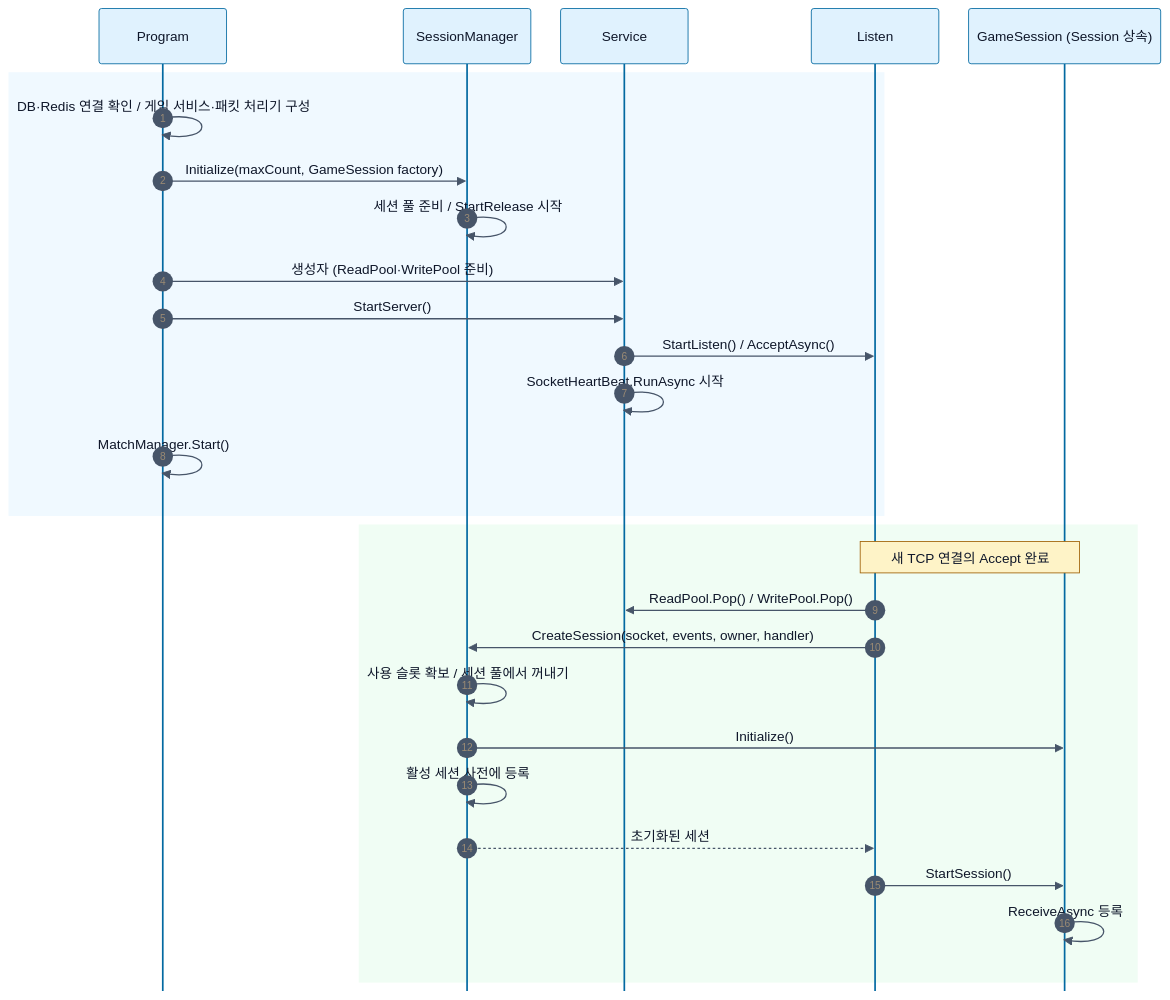
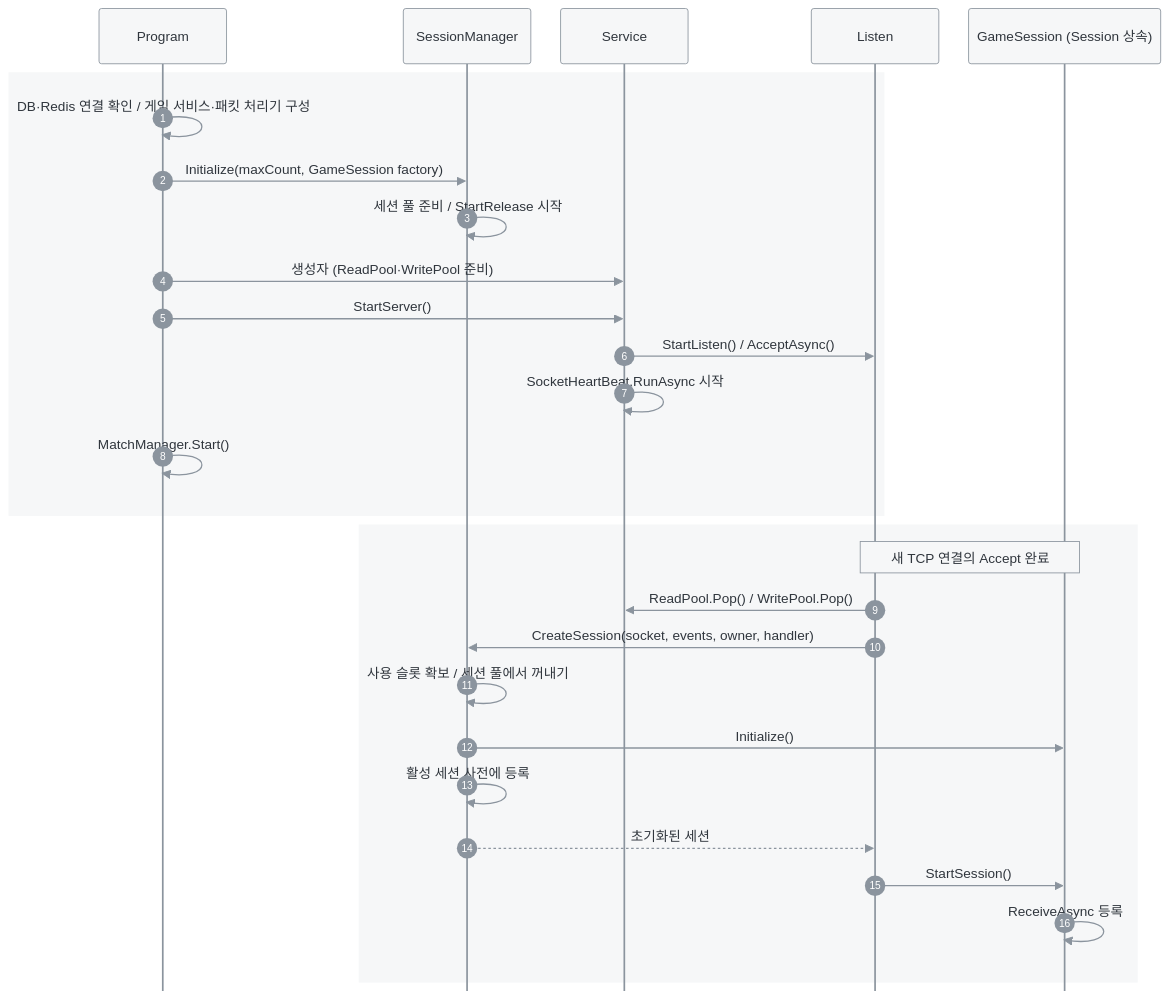
The first of 7 diagrams in docs/SERVER_ARCHITECTURE.md (GodDongjin/CSharpServer_Portfolio), drawn with Mermaid before and after one commit. The commit also changed other lines of this file, not shown here.

Commit message:
docs: use restrained neutral diagram styling

````diff
--- a/docs/SERVER_ARCHITECTURE.md
+++ b/docs/SERVER_ARCHITECTURE.md
@@ -11,31 +11,31 @@
 ```mermaid
-%%{init: {"theme": "base", "themeVariables": {"fontFamily": "Segoe UI, Malgun Gothic, sans-serif", "fontSize": "15px", "primaryColor": "#e0f2fe", "primaryTextColor": "#0f172a", "primaryBorderColor": "#0369a1", "lineColor": "#64748b", "secondaryColor": "#dcfce7", "tertiaryColor": "#f8fafc", "textColor": "#0f172a", "actorBkg": "#e0f2fe", "actorBorder": "#0369a1", "actorTextColor": "#0f172a", "signalColor": "#475569", "signalTextColor": "#0f172a", "noteBkgColor": "#fef3c7", "noteTextColor": "#0f172a", "noteBorderColor": "#a16207", "labelBoxBkgColor": "#f1f5f9", "labelTextColor": "#0f172a"}, "flowchart": {"curve": "linear", "nodeSpacing": 35, "rankSpacing": 50}, "sequence": {"mirrorActors": false, "actorMargin": 35, "messageMargin": 30}}}%%
+%%{init: {"theme": "base", "themeVariables": {"fontFamily": "Segoe UI, Malgun Gothic, sans-serif", "fontSize": "15px", "primaryColor": "#fafafa", "primaryTextColor": "#30363d", "primaryBorderColor": "#8b949e", "lineColor": "#8b949e", "secondaryColor": "#f2f3f4", "tertiaryColor": "#fafafa", "textColor": "#30363d", "actorBkg": "#f6f7f8", "actorBorder": "#8b949e", "actorTextColor": "#30363d", "signalColor": "#8b949e", "signalTextColor": "#30363d", "noteBkgColor": "#f6f7f8", "noteTextColor": "#30363d", "noteBorderColor": "#8b949e", "labelBoxBkgColor": "#f6f7f8", "labelTextColor": "#30363d", "clusterBkg": "#f6f7f8", "clusterBorder": "#c5cbd1", "edgeLabelBackground": "#fafafa", "activationBkgColor": "#e6e8eb", "activationBorderColor": "#8b949e", "sequenceNumberColor": "#ffffff"}, "flowchart": {"curve": "linear", "nodeSpacing": 35, "rankSpacing": 50}, "sequence": {"mirrorActors": false, "actorMargin": 35, "messageMargin": 30}}}%%
 sequenceDiagram
     autonumber
     participant P as Program
     participant M as SessionManager
     participant S as Service
     participant L as Listen
     participant G as GameSession (Session 상속)
-    rect rgb(240, 249, 255)
+    rect rgb(246, 247, 248)
     P->>P: DB·Redis 연결 확인 / 게임 서비스·패킷 처리기 구성
     P->>M: Initialize(maxCount, GameSession factory)
     M->>M: 세션 풀 준비 / StartRelease 시작
     P->>S: 생성자 (ReadPool·WritePool 준비)
     P->>S: StartServer()
     S->>L: StartListen() / AcceptAsync()
     S->>S: SocketHeartBeat.RunAsync 시작
     P->>P: MatchManager.Start()
     end
-    rect rgb(240, 253, 244)
+    rect rgb(246, 247, 248)
     Note over L,G: 새 TCP 연결의 Accept 완료
     L->>S: ReadPool.Pop() / WritePool.Pop()
     L->>M: CreateSession(socket, events, owner, handler)
     M->>M: 사용 슬롯 확보 / 세션 풀에서 꺼내기
     M->>G: Initialize()
     M->>M: 활성 세션 사전에 등록
     M-->>L: 초기화된 세션
     L->>G: StartSession()
     G->>G: ReceiveAsync 등록
     end
 ```
````
